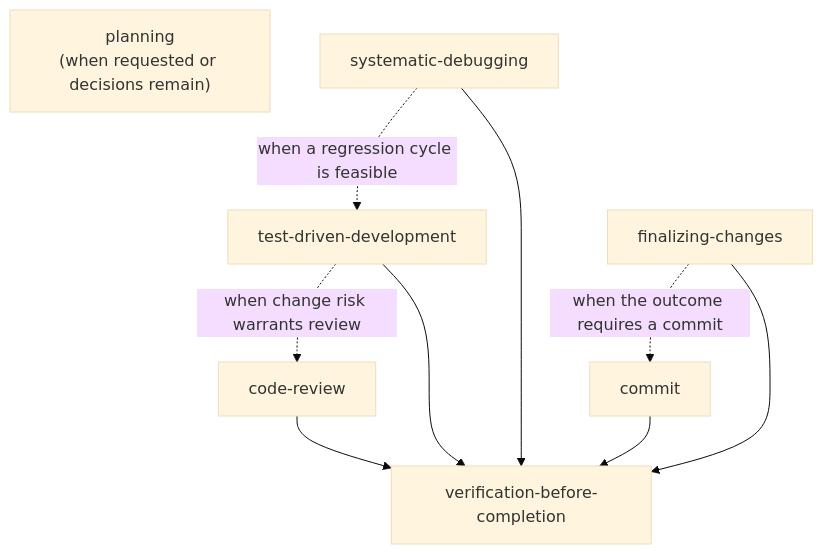
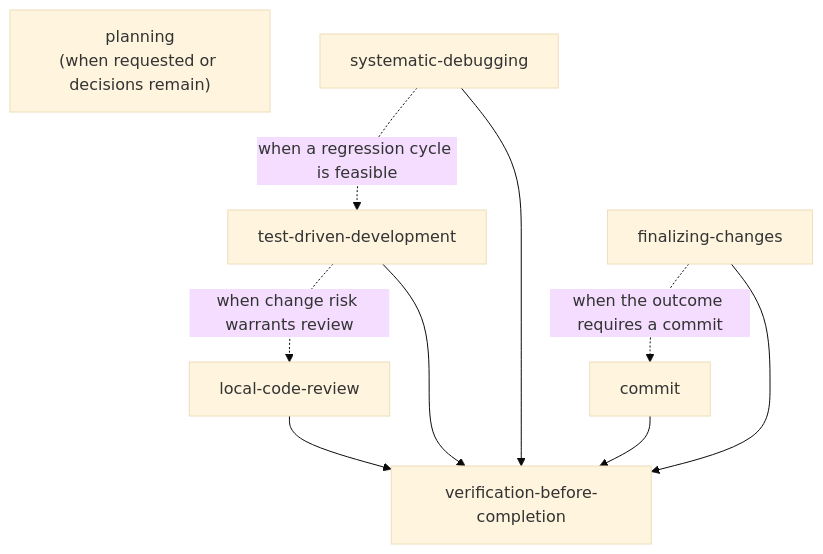
One commit to fgladisch/omp-skills changed the diagram in README.md. Above: the diagram before and after it, drawn with Mermaid (base theme). The commit also changed other lines of this file and 6 other files, not shown here.

Commit message:
✨ feat: rename local review skill and restore PR cycle

````diff
--- a/README.md
+++ b/README.md
@@ -42,19 +43,19 @@
 ```mermaid
 flowchart TB
   P["planning<br/>(when requested or decisions remain)"]
   SD["systematic-debugging"]
   TDD["test-driven-development"]
-  CR["code-review"]
+  CR["local-code-review"]
   V["verification-before-completion"]
   C["commit"]
   F["finalizing-changes"]
 
   SD -. "when a regression cycle is feasible" .-> TDD
   TDD -. "when change risk warrants review" .-> CR
   CR --> V
   TDD --> V
   SD --> V
   F -. "when the outcome requires a commit" .-> C
   C --> V
   F --> V
 ```
````
